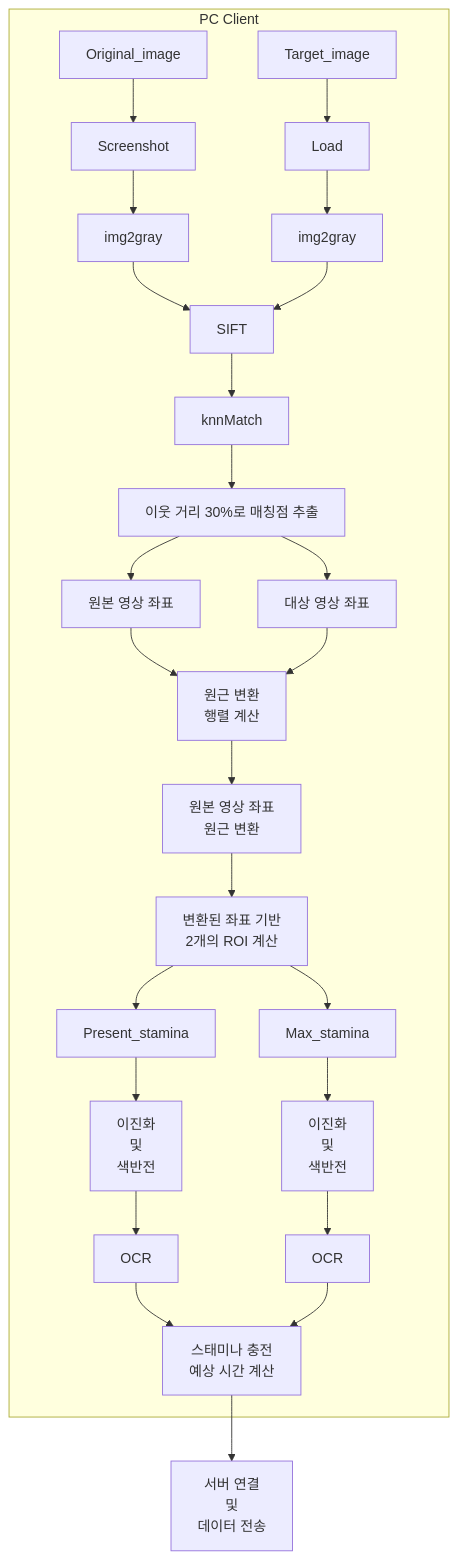
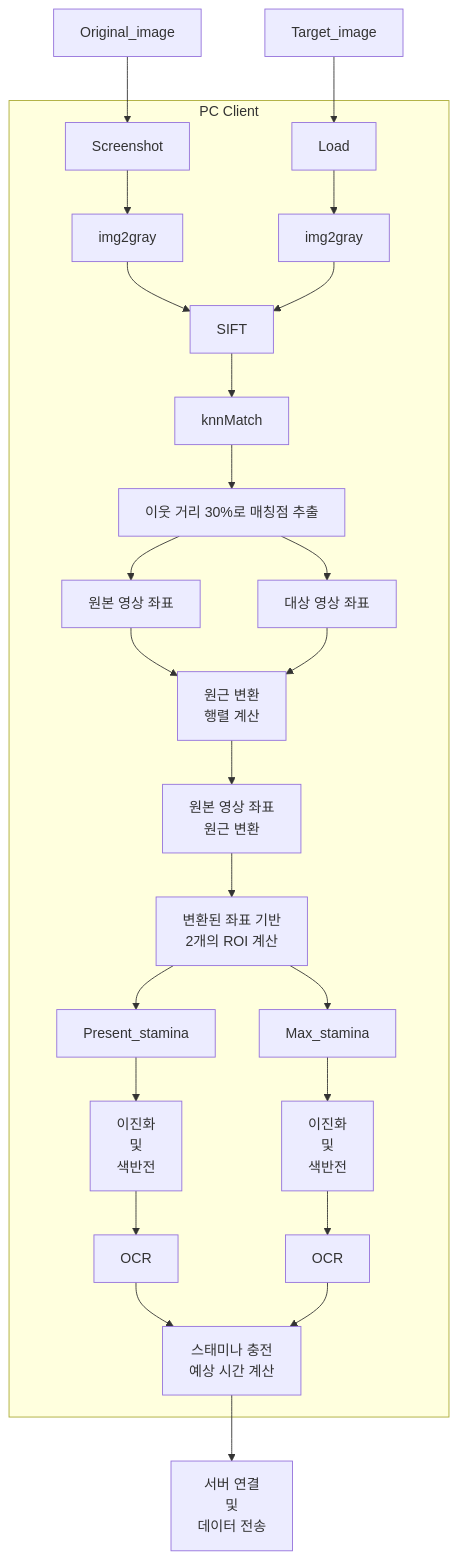
Before and after one commit to 201710808/Game-Stamina-Alarm: the second of 3 diagrams in README.md, drawn with Mermaid. The commit also changed other lines of this file, not shown here.

````diff
--- a/README.md
+++ b/README.md
@@ -20,28 +20,28 @@
 ```mermaid
 graph TB;
-    subgraph PC Client;
     Original_image-->Screenshot;
     Target_image-->Load;
+    subgraph PC Client;
     Screenshot-->gray1[img2gray]
     Load-->gray2[img2gray]
     gray1-->SIFT;
     gray2-->SIFT;
     SIFT-->knnMatch;
     knnMatch-->dist_match[이웃 거리 30%로 매칭점 추출];
     dist_match-->orig_coord[원본 영상 좌표];
     dist_match-->tgt_coord[대상 영상 좌표];
     orig_coord-->homography;
     tgt_coord-->homography[원근 변환\n행렬 계산];
     homography-->transform_coord[원본 영상 좌표\n원근 변환];
     transform_coord-->calc_ROI[변환된 좌표 기반\n2개의 ROI 계산];
     calc_ROI-->Present_stamina;
     calc_ROI-->Max_stamina;
     Present_stamina-->bin_neg1[이진화\n및\n색반전];
     Max_stamina-->bin_neg2[이진화\n및\n색반전];
     bin_neg1-->OCR1[OCR];
     bin_neg2-->OCR2[OCR];
     OCR1-->calc_stamina[스태미나 충전\n예상 시간 계산];
     OCR2-->calc_stamina;
     end;
     calc_stamina-->connect_server[서버 연결\n및\n데이터 전송];
 ```
````
